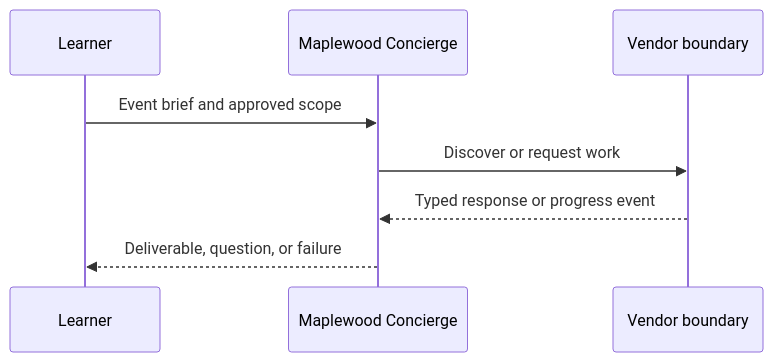
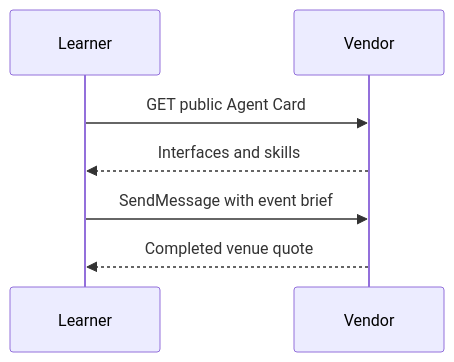
One commit to anandtopu/getting_started_with_Agent2AgentProtocol changed the diagram in modules/00_setup/README.md. Above: the diagram before and after it, drawn with Mermaid. The commit also changed other lines of this file and 112 other files, not shown here.

````diff
--- a/modules/00_setup/README.md
+++ b/modules/00_setup/README.md
@@ -30,10 +30,7 @@
 ```mermaid
 sequenceDiagram
-    participant L as Learner
-    participant C as Maplewood Concierge
-    participant V as Vendor boundary
-    L->>C: Event brief and approved scope
-    C->>V: Discover or request work
-    V-->>C: Typed response or progress event
-    C-->>L: Deliverable, question, or failure
+    Learner->>Vendor: GET public Agent Card
+    Vendor-->>Learner: Interfaces and skills
+    Learner->>Vendor: SendMessage with event brief
+    Vendor-->>Learner: Completed venue quote
 ```
````
